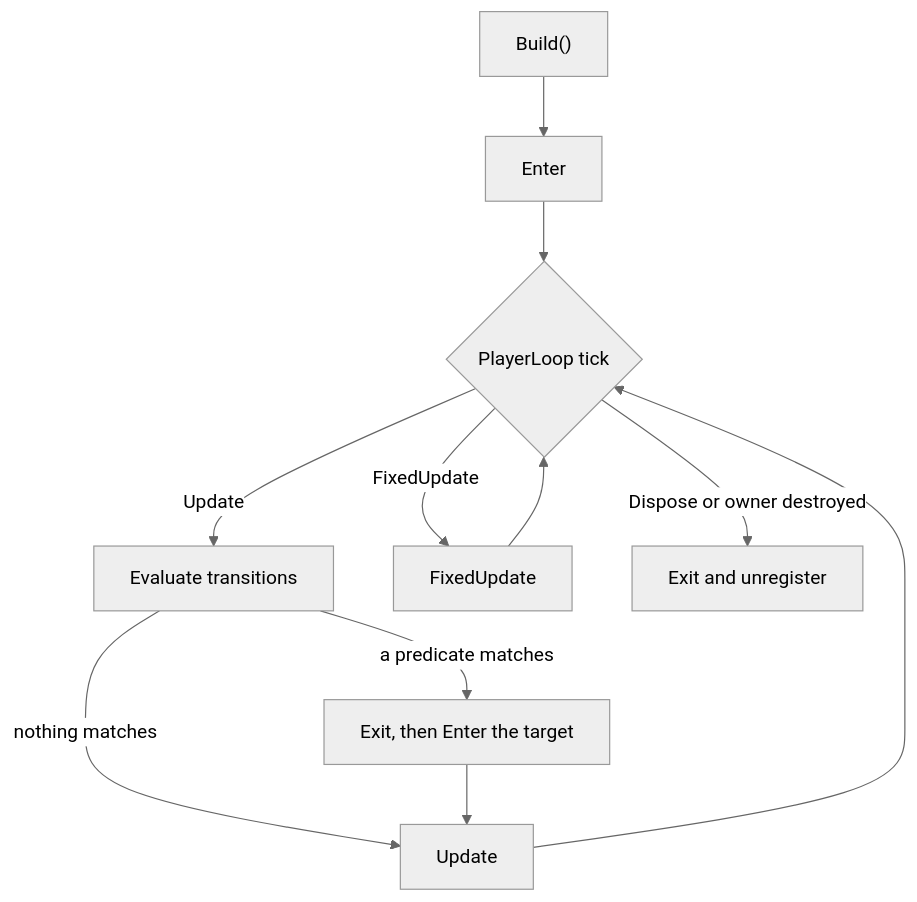
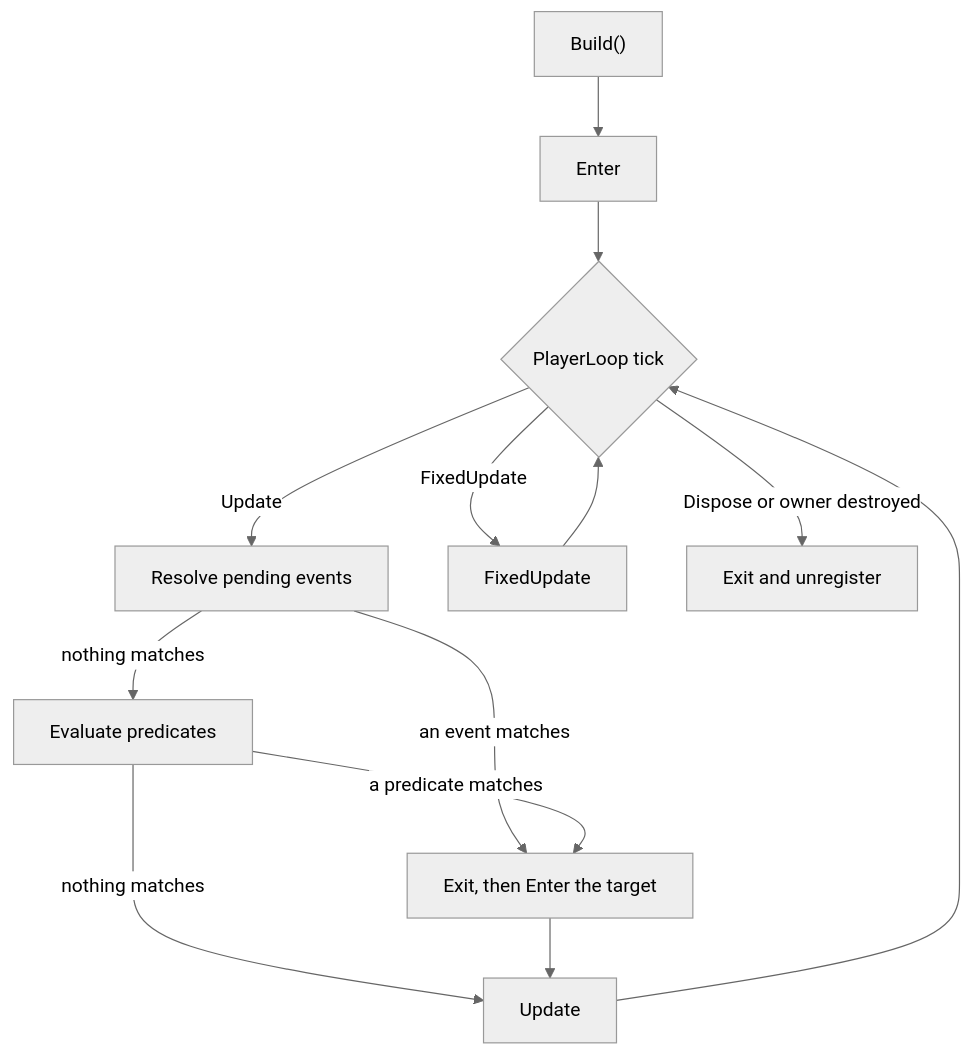
The diagram in README.md (Natteens/fynite), drawn with Mermaid (neutral theme) before and after one commit. The commit also changed other lines of this file and 39 other files, not shown here.

First line of the commit message:
feat: Add event-driven transitions to Fynite

````diff
--- a/README.md
+++ b/README.md
@@ -143,13 +220,15 @@
 ```mermaid
 flowchart TD
     A["Build()"] --> B["Enter"]
     B --> C{"PlayerLoop tick"}
-    C -->|Update| D["Evaluate transitions"]
-    D -->|a predicate matches| E["Exit, then Enter the target"]
-    D -->|nothing matches| F["Update"]
+    C -->|Update| D["Resolve pending events"]
+    D -->|an event matches| E["Exit, then Enter the target"]
+    D -->|nothing matches| I["Evaluate predicates"]
+    I -->|a predicate matches| E
+    I -->|nothing matches| F["Update"]
     E --> F
     F --> C
     C -->|FixedUpdate| G["FixedUpdate"]
     G --> C
     C -->|Dispose or owner destroyed| H["Exit and unregister"]
 ```
````
